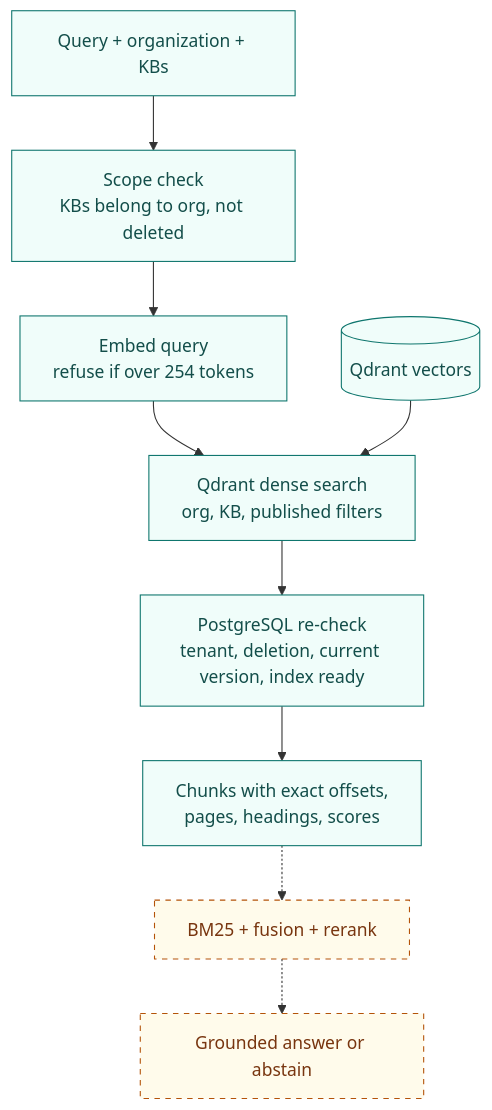
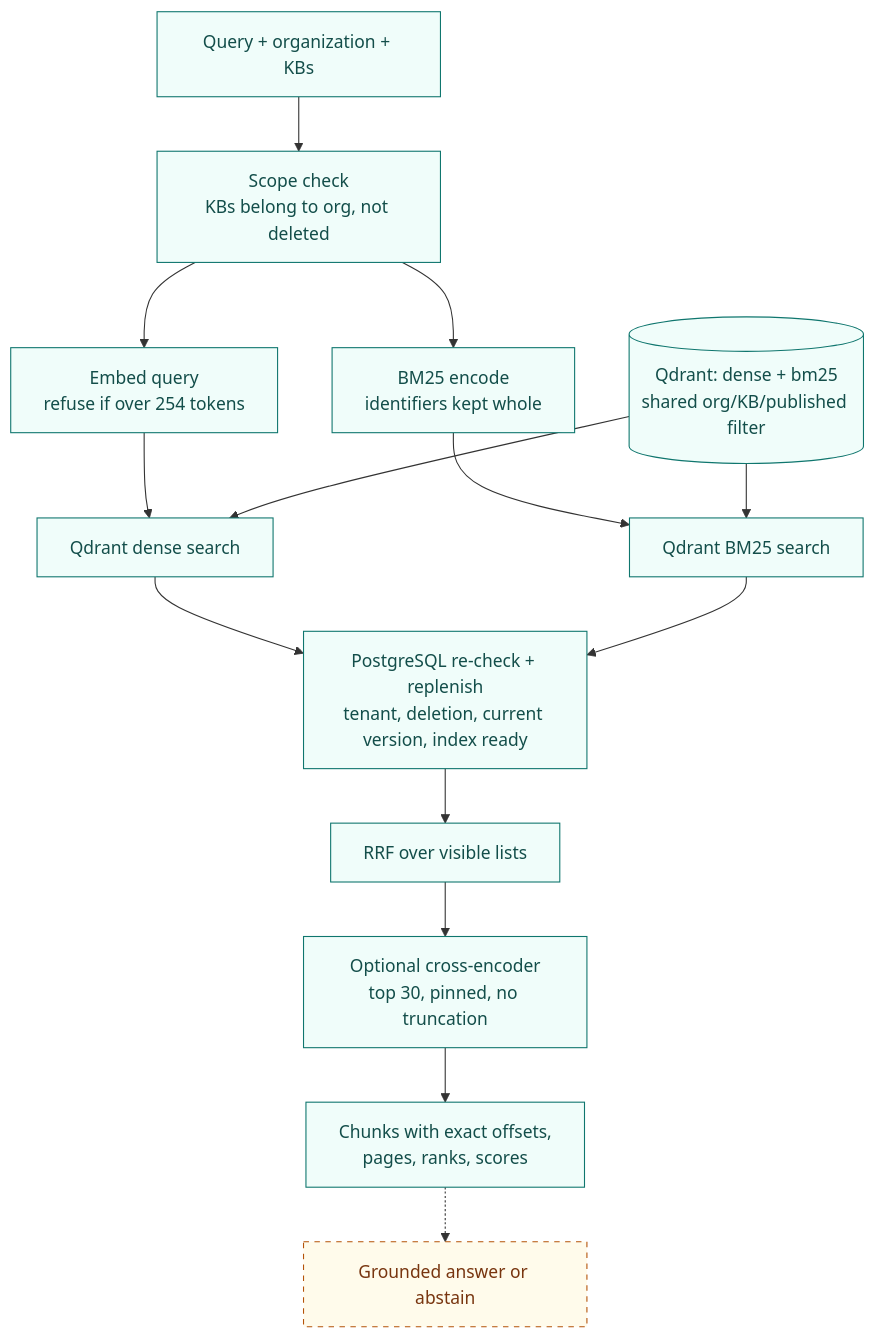
Before and after one commit to EOlaw/enterprise-rag-document-assistant: the third of 3 diagrams in README.md, drawn with Mermaid. The commit also changed other lines of this file and 70 other files, not shown here.

````diff
--- a/README.md
+++ b/README.md
@@ -144,16 +148,20 @@
 ```mermaid
 flowchart TB
     question["Query + organization + KBs"] --> scope["Scope check<br/>KBs belong to org, not deleted"]
     scope --> embed["Embed query<br/>refuse if over 254 tokens"]
-    embed --> dense["Qdrant dense search<br/>org, KB, published filters"]
-    vectors[("Qdrant vectors")] --> dense
-    dense --> recheck["PostgreSQL re-check<br/>tenant, deletion, current version, index ready"]
-    recheck --> results["Chunks with exact offsets,<br/>pages, headings, scores"]
-    results -.-> hybrid["BM25 + fusion + rerank"]
-    hybrid -.-> generate["Grounded answer or abstain"]
+    scope --> encode["BM25 encode<br/>identifiers kept whole"]
+    embed --> dense["Qdrant dense search"]
+    encode --> sparse["Qdrant BM25 search"]
+    vectors[("Qdrant: dense + bm25<br/>shared org/KB/published filter")] --> dense & sparse
+    dense --> recheck["PostgreSQL re-check + replenish<br/>tenant, deletion, current version, index ready"]
+    sparse --> recheck
+    recheck --> fuse["RRF over visible lists"]
+    fuse --> rerank["Optional cross-encoder<br/>top 30, pinned, no truncation"]
+    rerank --> results["Chunks with exact offsets,<br/>pages, ranks, scores"]
+    results -.-> generate["Grounded answer or abstain"]
 
     classDef working fill:#f0fdfa,stroke:#0f766e,color:#134e4a
     classDef planned fill:#fffbeb,stroke:#b45309,color:#78350f,stroke-dasharray:5 5
-    class question,scope,embed,dense,vectors,recheck,results working
-    class hybrid,generate planned
+    class question,scope,embed,encode,dense,sparse,vectors,recheck,fuse,rerank,results working
+    class generate planned
 ```
````
